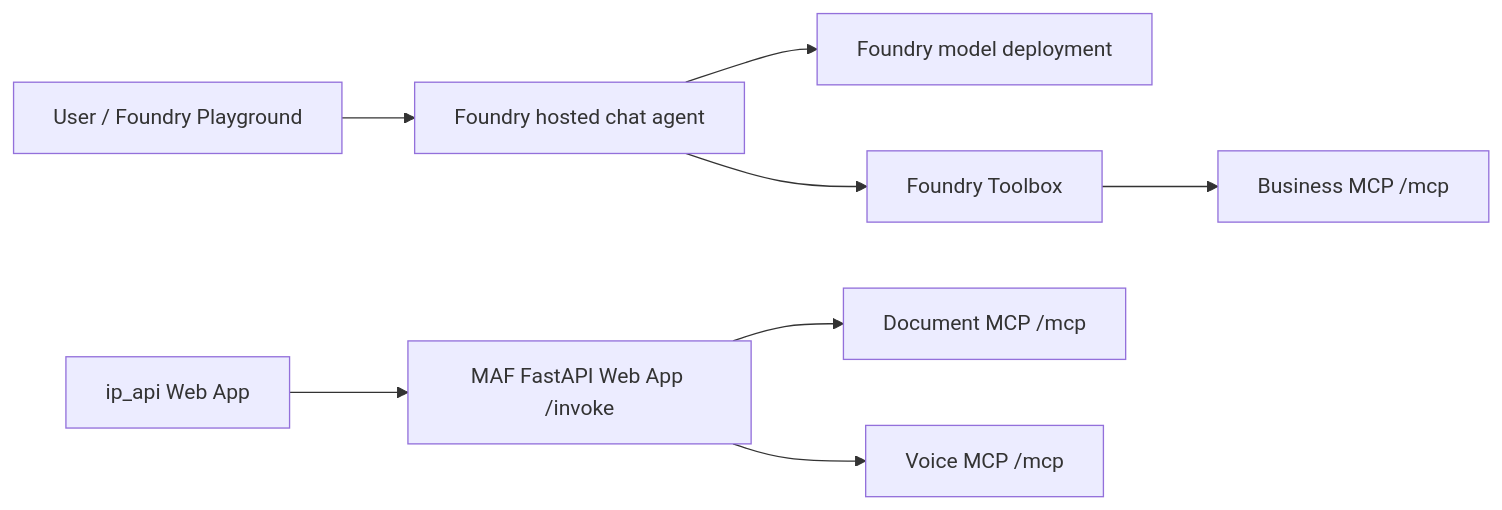
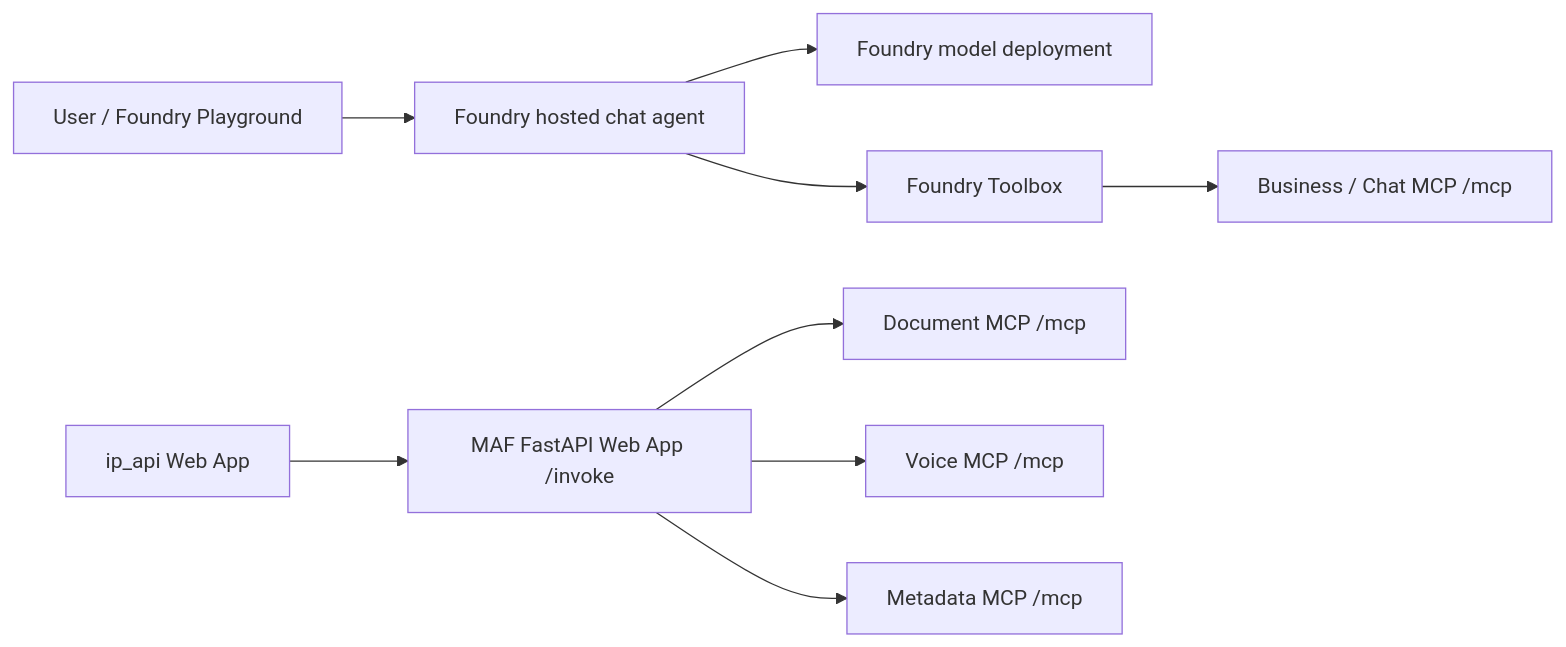
One commit to swarnenducs/document_processing_agenticflow changed the diagram in docs/FOUNDRY_HOSTED_MAF.md. Above: the diagram before and after it, drawn with Mermaid. The commit also changed other lines of this file and 46 other files, not shown here.

````diff
--- a/docs/FOUNDRY_HOSTED_MAF.md
+++ b/docs/FOUNDRY_HOSTED_MAF.md
@@ -9,10 +9,11 @@
 ```mermaid
 flowchart LR
     User[User / Foundry Playground] --> FA[Foundry hosted chat agent]
     FA --> Model[Foundry model deployment]
     FA --> TB[Foundry Toolbox]
-    TB --> BMCP[Business MCP /mcp]
+    TB --> BMCP[Business / Chat MCP /mcp]
     API[ip_api Web App] --> MAF[MAF FastAPI Web App /invoke]
     MAF --> DMCP[Document MCP /mcp]
     MAF --> VMCP[Voice MCP /mcp]
+    MAF --> MMCP[Metadata MCP /mcp]
 ```
````
